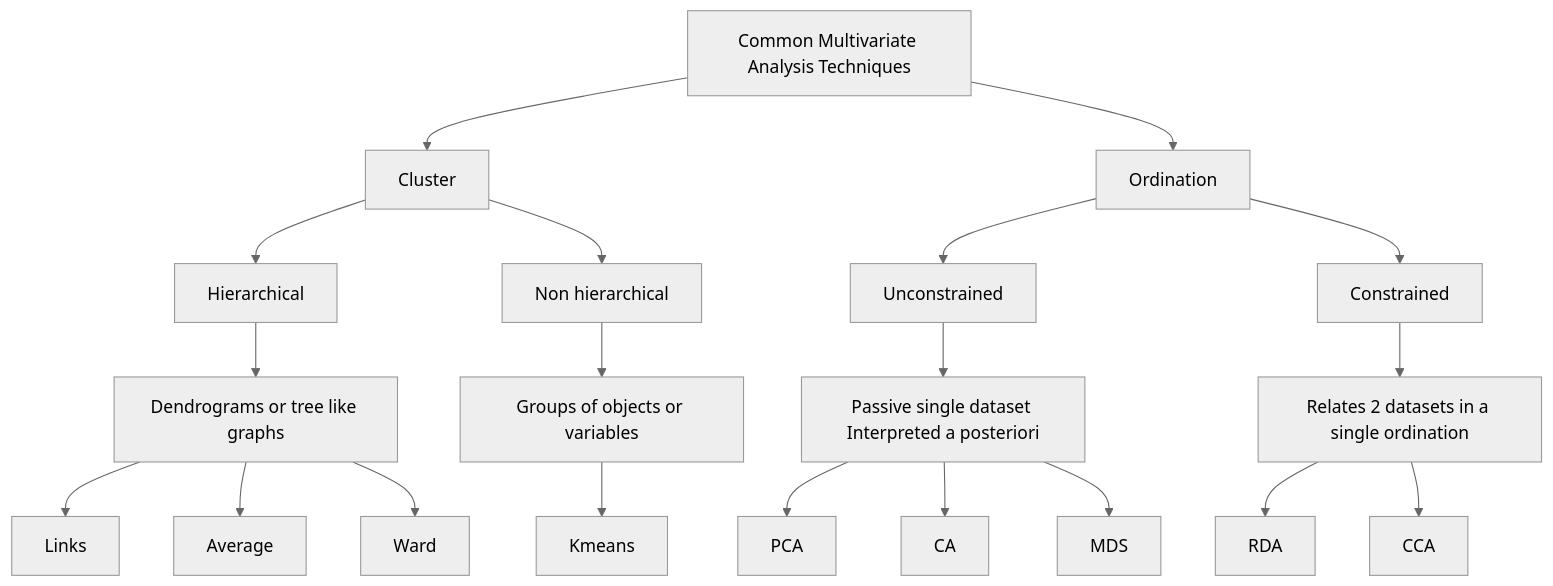
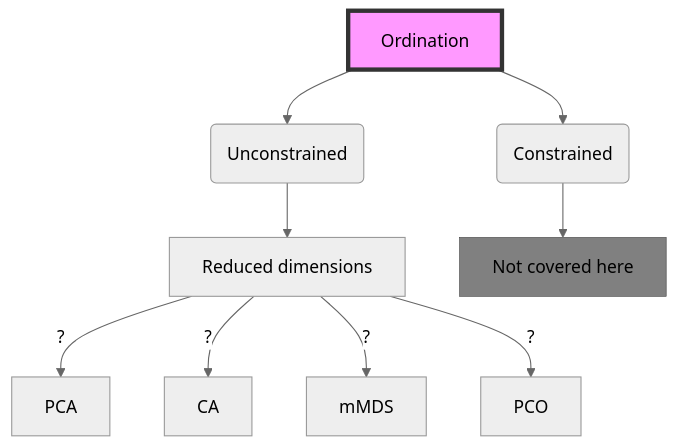
Before and after one commit to BIOSCI738/biosci738_runsheets: the second of 2 diagrams in runsheets/runsheet_18.qmd, drawn with Mermaid (neutral theme). The commit also changed other lines of this file, not shown here.

Commit message:
flowcharts

````diff
--- a/runsheets/runsheet_18.qmd
+++ b/runsheets/runsheet_18.qmd
@@ -29,23 +35,13 @@
 ```{mermaid}
 flowchart TD
-    A[Common Multivariate Analysis Techniques] 
-    A --> B[Cluster]
-    B --> B1[Hierarchical]
-    B --> B2[Non hierarchical]
-    B1 --> C1[Dendrograms or tree like graphs]
-    C1 --> D1[Links]
-    C1 --> D2[Average]
-    C1 --> D3[Ward]
-    B2 --> E1[Groups of objects or variables]
-    E1 --> E2[Kmeans]
-    A --> F
-    F[Ordination] --> G1[Unconstrained]
-    F --> G2[Constrained]
-    G1 --> H1[Passive single dataset Interpreted a posteriori]
-    H1 --> I1[PCA]
-    H1 --> I2[CA]
-    H1 --> I3[MDS]
-    G2 --> J1[Relates 2 datasets in a single ordination]
-    J1 --> K1[RDA]
-    J1 --> K2[CCA]
+    A[Ordination] --> B1(Unconstrained)
+    A --> B2(Constrained)
+    B1 --> C1[Reduced dimensions]
+    C1 -- ? --> D1[PCA]
+    C1 -- ? --> D2[CA]
+    C1 -- ? --> D3[mMDS]
+    C1 -- ? --> D4[PCO]
+    B2 --> E1[Not covered here]
+    style E1 fill:#808080,stroke:#333,stroke-width:0.5px
+    style A fill:#f9f,stroke:#333,stroke-width:4px
 ```
````
